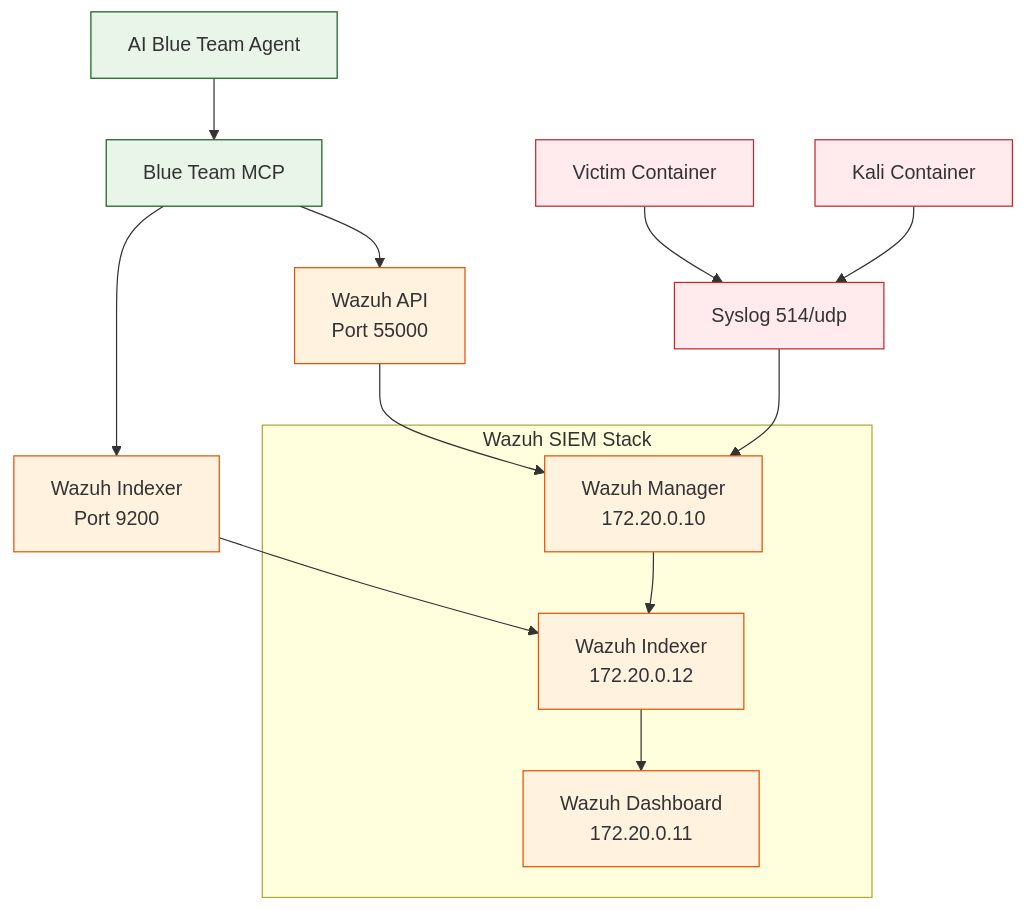
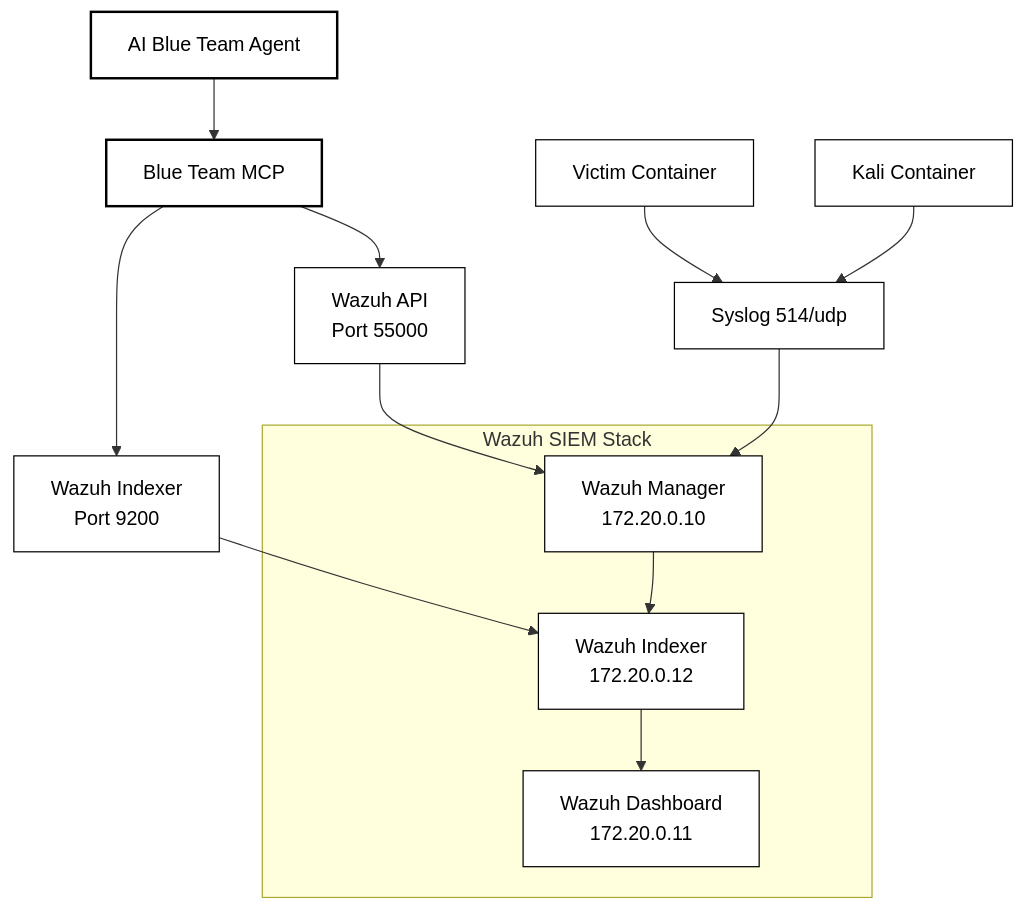
Before and after one commit to PaloAltoNetworks/shifter: the diagram in docs/components/wazuh-blueteam.md, drawn with Mermaid. The commit also changed 1 other file, not shown here.

Commit message:
fix: docs inconsistencies and diagram colouring

````diff
--- a/docs/components/wazuh-blueteam.md
+++ b/docs/components/wazuh-blueteam.md
@@ -20,29 +20,29 @@
 ```mermaid
 flowchart TD
     A[AI Blue Team Agent] --> B[Blue Team MCP]
     B --> C[Wazuh API<br/>Port 55000]
     B --> D[Wazuh Indexer<br/>Port 9200]
     
     subgraph "Wazuh SIEM Stack"
         E[Wazuh Manager<br/>172.20.0.10]
         F[Wazuh Indexer<br/>172.20.0.12] 
         G[Wazuh Dashboard<br/>172.20.0.11]
     end
     
     C --> E
     D --> F
     E --> F
     F --> G
     
     H[Victim Container] --> I[Syslog 514/udp]
     J[Kali Container] --> I
     I --> E
     
-    classDef ai fill:#e8f5e8,stroke:#1b5e20
-    classDef wazuh fill:#fff3e0,stroke:#e65100
-    classDef logs fill:#ffebee,stroke:#c62828
+    classDef ai fill:#ffffff,stroke:#000000,stroke-width:2px,color:#000000
+    classDef wazuh fill:#ffffff,stroke:#000000,stroke-width:1px,color:#000000
+    classDef logs fill:#ffffff,stroke:#000000,stroke-width:1px,color:#000000
     
     class A,B ai
     class C,D,E,F,G wazuh
     class H,I,J logs
 ```
````
